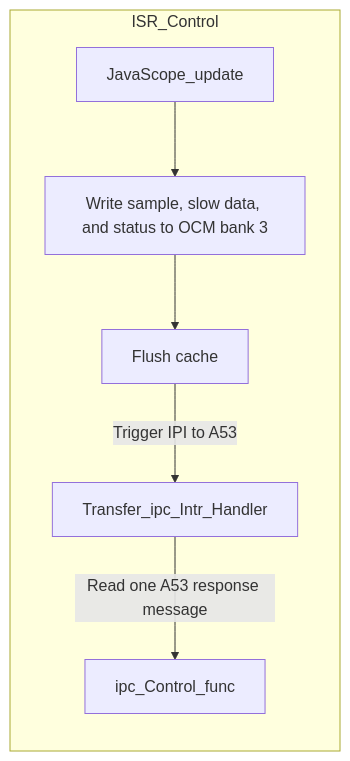
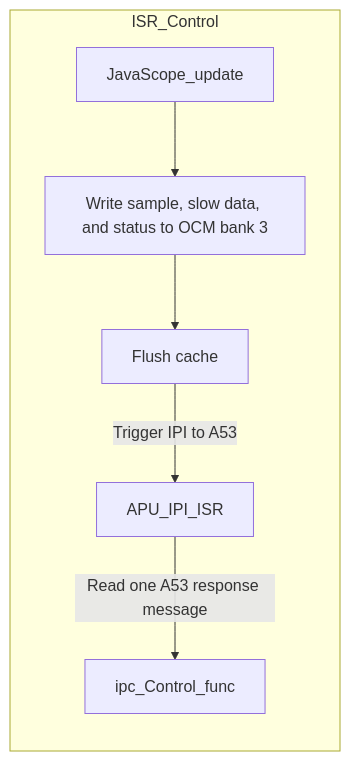
The diagram in docs/source/guide/rpu_software/datamover_r5.rst (ultrazohm/ultrazohm_sw), drawn with Mermaid before and after one commit. The commit also changed 5 other files, not shown here.

Commit message:
rename Transfer_ipc_Intr_Handler -> APU_IPI_ISR

```diff
--- a/docs/source/guide/rpu_software/datamover_r5.rst
+++ b/docs/source/guide/rpu_software/datamover_r5.rst
@@ -26,11 +26,11 @@
 .. mermaid::
     :align: center
     :caption: R5-side view of the data mover
 
     graph LR
       subgraph ISR_Control
           JavaScope_update --> write["Write sample, slow data, and status to OCM bank 3"]
           write --> flush["Flush cache"]
-          flush -->|"Trigger IPI to A53"| Transfer_ipc_Intr_Handler
-          Transfer_ipc_Intr_Handler -->|"Read one A53 response message"| ipc_Control_func
+          flush -->|"Trigger IPI to A53"| APU_IPI_ISR
+          APU_IPI_ISR -->|"Read one A53 response message"| ipc_Control_func
       end
```
